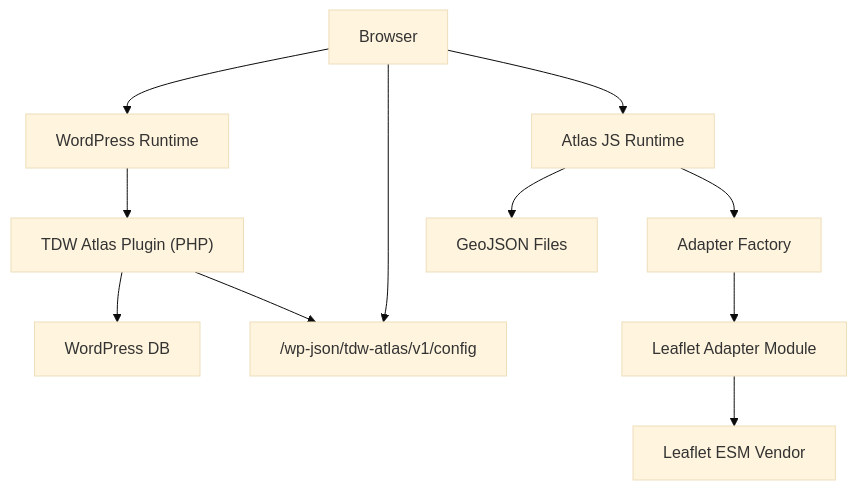
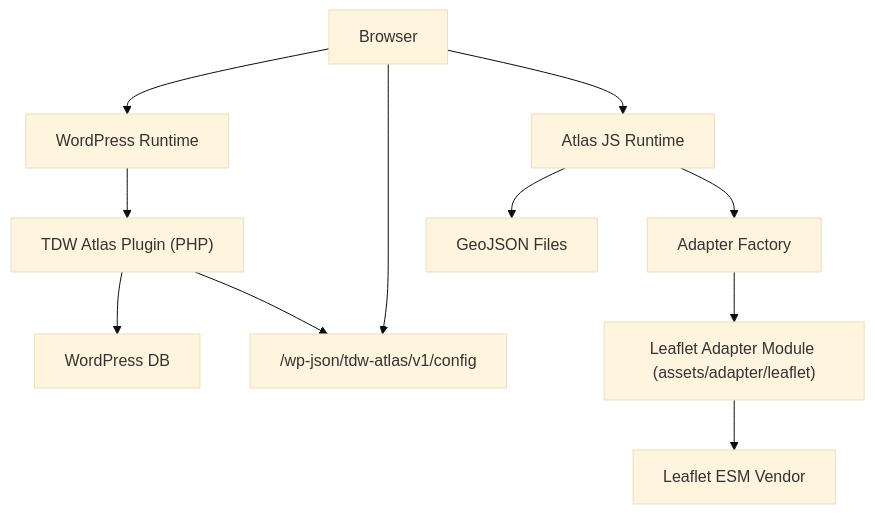
Before and after one commit to Exc3pti0n123/tdw-atlas-engine: the diagram in docs/diagrams/system-environment.md, drawn with Mermaid (base theme). The commit also changed 55 other files, not shown here.

First line of the commit message:
feat(atlas): release v0.2.0-alpha with DB-first runtime, pipeline preprocessing, and hybrid interaction flow

````diff
--- a/docs/diagrams/system-environment.md
+++ b/docs/diagrams/system-environment.md
@@ -3,13 +3,13 @@
 ```mermaid
 flowchart TD
   B["Browser"] --> WP["WordPress Runtime"]
   WP --> P["TDW Atlas Plugin (PHP)"]
   P --> DB["WordPress DB"]
   P --> REST["/wp-json/tdw-atlas/v1/config"]
   B --> REST
   B --> JS["Atlas JS Runtime"]
   JS --> ADP["Adapter Factory"]
-  ADP --> LADP["Leaflet Adapter Module"]
+  ADP --> LADP["Leaflet Adapter Module (assets/adapter/leaflet)"]
   LADP --> LV["Leaflet ESM Vendor"]
   JS --> GEO["GeoJSON Files"]
 ```
````
